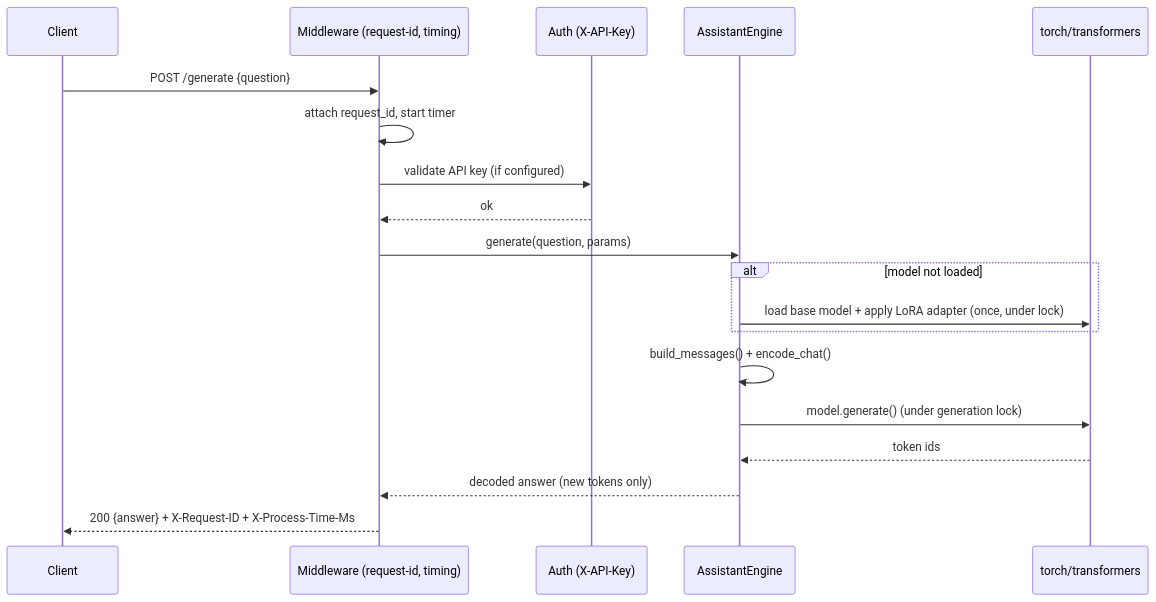
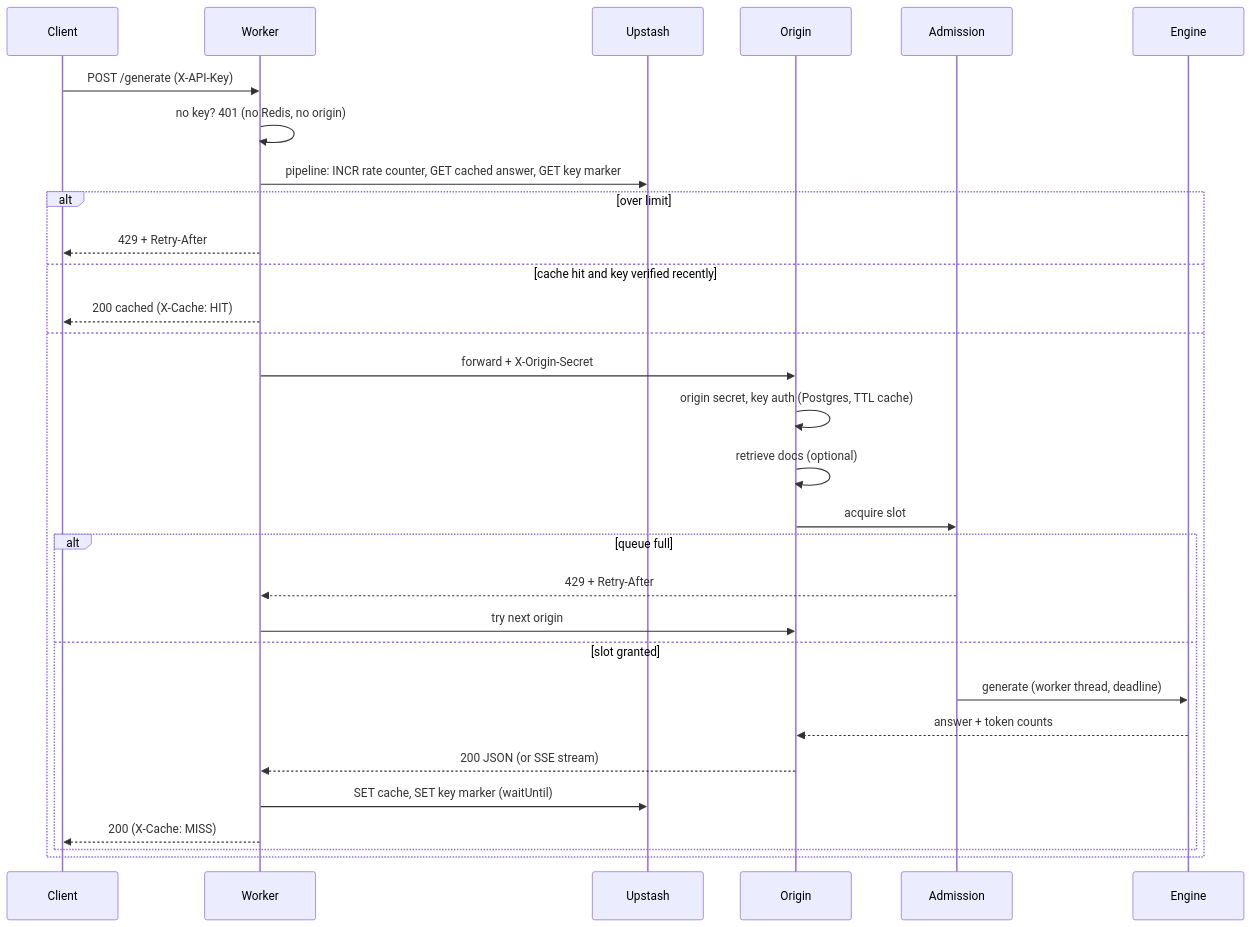
One commit to syed-waleed-ahmed/Niche-Finetuned-Model changed the third of 3 diagrams in ARCHITECTURE.md. Above: the diagram before and after it, drawn with Mermaid. The commit also changed other lines of this file and 2 other files, not shown here.

First line of the commit message:
Document the scaled-out architecture and deployment runbook

````diff
--- a/ARCHITECTURE.md
+++ b/ARCHITECTURE.md
@@ -77,22 +101,33 @@
 ```mermaid
 sequenceDiagram
     participant C as Client
-    participant M as Middleware (request-id, timing)
-    participant A as Auth (X-API-Key)
-    participant E as AssistantEngine
-    participant T as torch/transformers
+    participant W as Worker
+    participant R as Upstash
+    participant O as Origin
+    participant A as Admission
+    participant E as Engine
 
-    C->>M: POST /generate {question}
-    M->>M: attach request_id, start timer
-    M->>A: validate API key (if configured)
-    A-->>M: ok
-    M->>E: generate(question, params)
-    alt model not loaded
-        E->>T: load base model + apply LoRA adapter (once, under lock)
+    C->>W: POST /generate (X-API-Key)
+    W->>W: no key? 401 (no Redis, no origin)
+    W->>R: pipeline: INCR rate counter, GET cached answer, GET key marker
+    alt over limit
+        W-->>C: 429 + Retry-After
+    else cache hit and key verified recently
+        W-->>C: 200 cached (X-Cache: HIT)
+    else
+        W->>O: forward + X-Origin-Secret
+        O->>O: origin secret, key auth (Postgres, TTL cache)
+        O->>O: retrieve docs (optional)
+        O->>A: acquire slot
+        alt queue full
+            A-->>W: 429 + Retry-After
+            W->>O: try next origin
+        else slot granted
+            A->>E: generate (worker thread, deadline)
+            E-->>O: answer + token counts
+            O-->>W: 200 JSON (or SSE stream)
+            W->>R: SET cache, SET key marker (waitUntil)
+            W-->>C: 200 (X-Cache: MISS)
+        end
     end
-    E->>E: build_messages() + encode_chat()
-    E->>T: model.generate() (under generation lock)
-    T-->>E: token ids
-    E-->>M: decoded answer (new tokens only)
-    M-->>C: 200 {answer} + X-Request-ID + X-Process-Time-Ms
 ```
````
